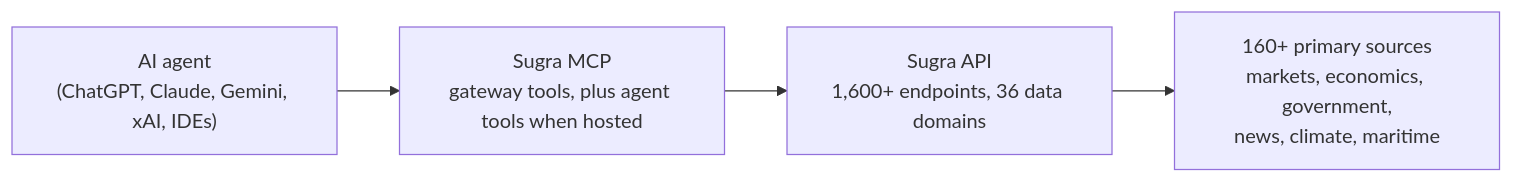
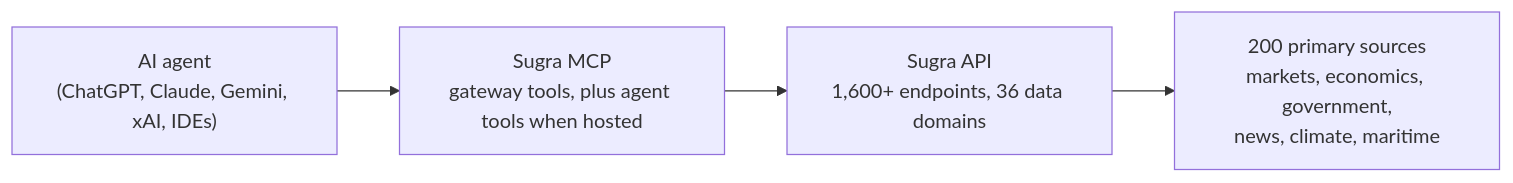
The diagram in README.md (Sugra-Systems/sugra-api-mcp), drawn with Mermaid before and after one commit. The commit also changed other lines of this file and 3 other files, not shown here.

````diff
--- a/README.md
+++ b/README.md
@@ -72,6 +81,6 @@
 ```mermaid
 flowchart LR
     A["AI agent<br/>(ChatGPT, Claude, Gemini, xAI, IDEs)"] --> B["Sugra MCP<br/>gateway tools, plus agent tools when hosted"]
     B --> C["Sugra API<br/>1,600+ endpoints, 36 data domains"]
-    C --> D["160+ primary sources<br/>markets, economics, government,<br/>news, climate, maritime"]
+    C --> D["200 primary sources<br/>markets, economics, government,<br/>news, climate, maritime"]
 ```
````
